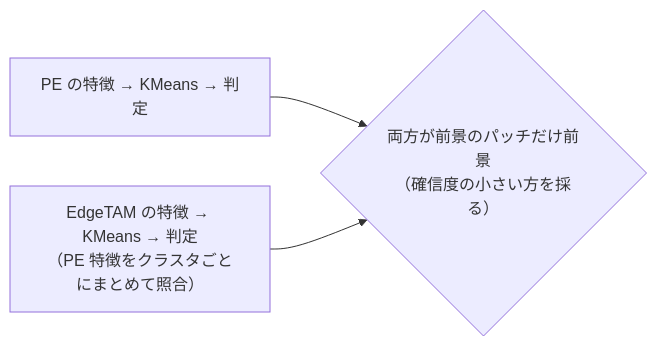
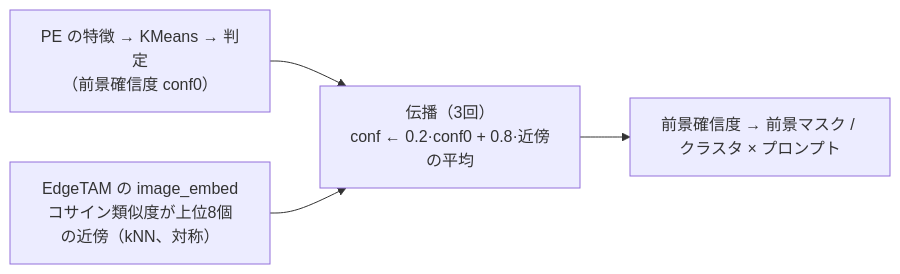
The third of 6 diagrams in docs/overview.md (fklg-64/pe_anything_detect), drawn with Mermaid before and after one commit. The commit also changed other lines of this file and 11 other files, not shown here.

````diff
--- a/docs/overview.md
+++ b/docs/overview.md
@@ -51,5 +51,6 @@
 ```mermaid
 flowchart LR
-    P["PE の特徴 → KMeans → 判定"] --> AND{"両方が前景のパッチだけ前景<br/>（確信度の小さい方を採る）"}
-    E["EdgeTAM の特徴 → KMeans → 判定<br/>（PE 特徴をクラスタごとにまとめて照合）"] --> AND
+    P["PE の特徴 → KMeans → 判定<br/>（前景確信度 conf0）"] --> PR["伝播（3回）<br/>conf ← 0.2·conf0 + 0.8·近傍の平均"]
+    E["EdgeTAM の image_embed<br/>コサイン類似度が上位8個の近傍（kNN、対称）"] --> PR
+    PR --> OUT["前景確信度 → 前景マスク / クラスタ × プロンプト"]
 ```
````
